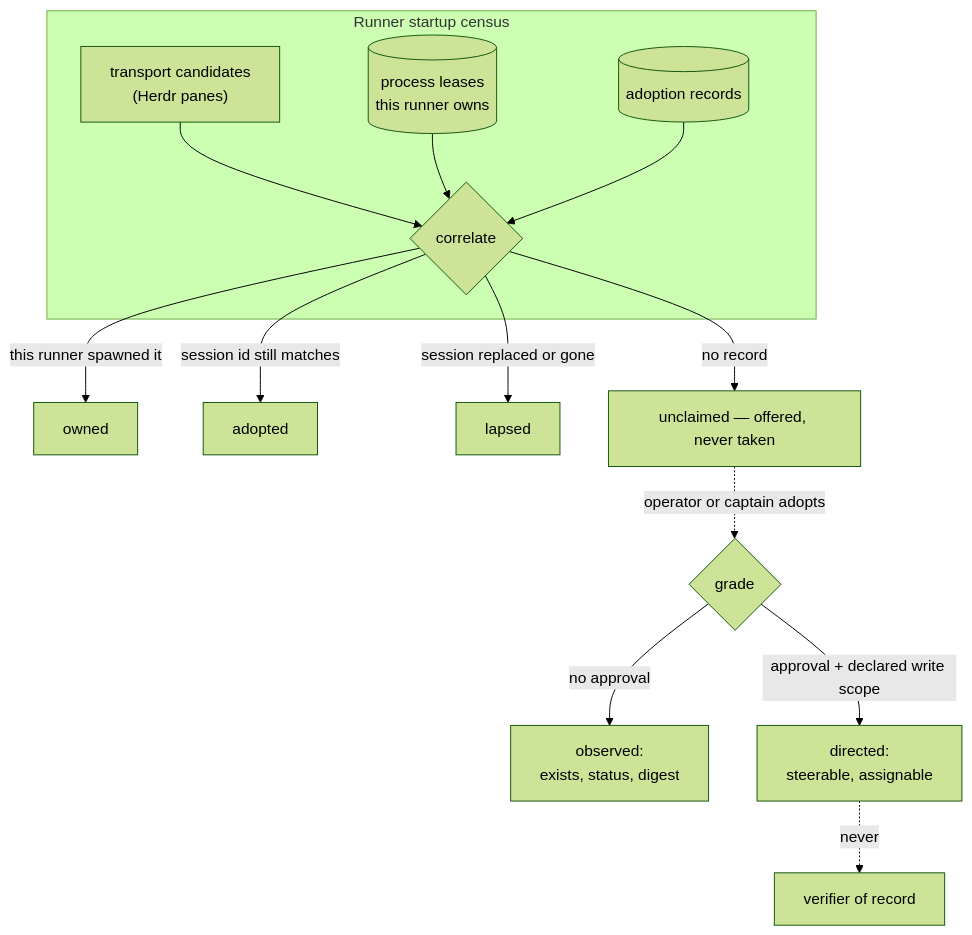
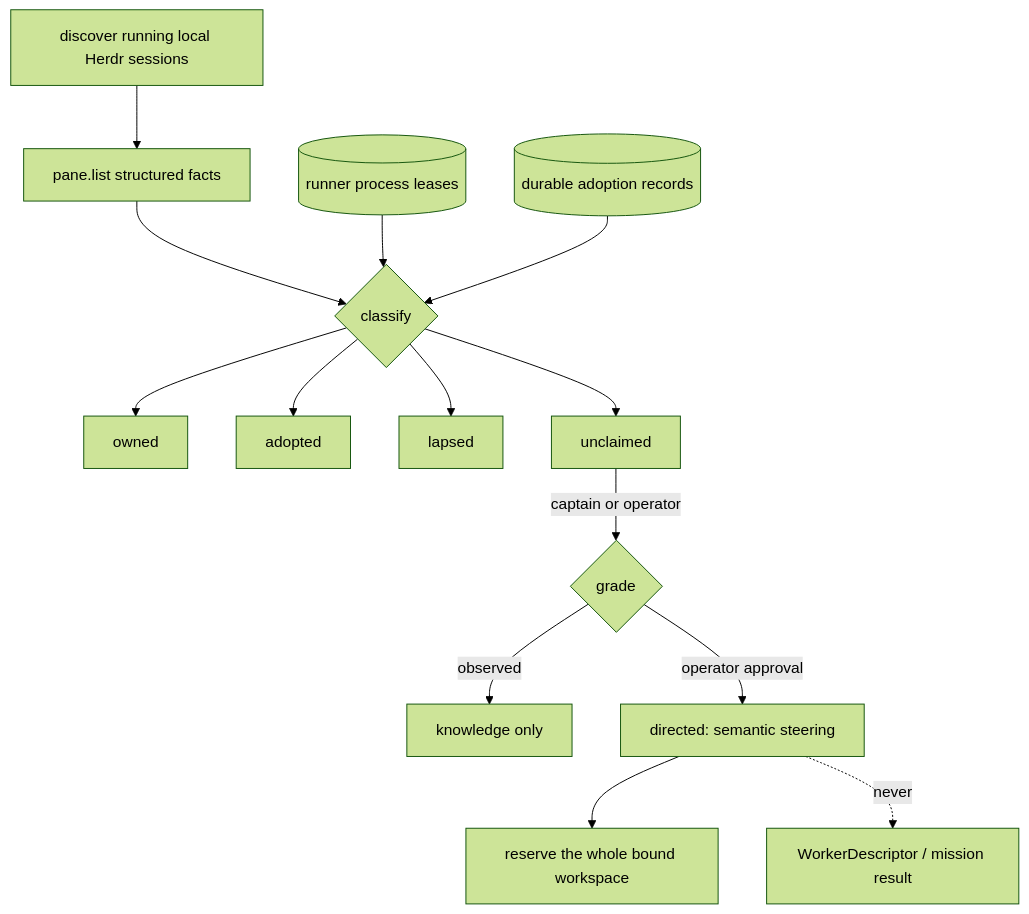
Before and after one commit to Volpestyle/clankie: the diagram in docs/adr/0078-adopted-workers.md, drawn with Mermaid (forest theme). The commit also changed other lines of this file and 33 other files, not shown here.

Commit message:
fix: make adopted-agent coordination workspace-safe

````diff
--- a/docs/adr/0078-adopted-workers.md
+++ b/docs/adr/0078-adopted-workers.md
@@ -45,16 +28,13 @@
 ```mermaid
 flowchart TB
-  subgraph census["Runner startup census"]
-    T["transport candidates<br/>(Herdr panes)"] --> C{correlate}
-    L[("process leases<br/>this runner owns")] --> C
-    A[("adoption records")] --> C
-  end
-  C -->|this runner spawned it| OWNED[owned]
-  C -->|session id still matches| ADOPTED[adopted]
-  C -->|session replaced or gone| LAPSED[lapsed]
-  C -->|no record| UNCLAIMED["unclaimed — offered, never taken"]
-  UNCLAIMED -.->|operator or captain adopts| GRADE{grade}
-  GRADE -->|no approval| OBS["observed:<br/>exists, status, digest"]
-  GRADE -->|approval + declared write scope| DIR["directed:<br/>steerable, assignable"]
-  DIR -.->|never| V["verifier of record"]
+  D["discover running local Herdr sessions"] --> P["pane.list structured facts"]
+  P --> C{classify}
+  L[(runner process leases)] --> C
+  A[(durable adoption records)] --> C
+  C --> OWN[owned] & AD[adopted] & LAP[lapsed] & UN[unclaimed]
+  UN -->|captain or operator| G{grade}
+  G -->|observed| O["knowledge only"]
+  G -->|operator approval| DIR["directed: semantic steering"]
+  DIR --> R["reserve the whole bound workspace"]
+  DIR -. never .-> W["WorkerDescriptor / mission result"]
 ```
````
